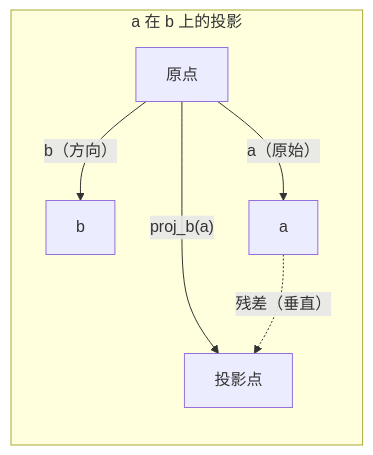
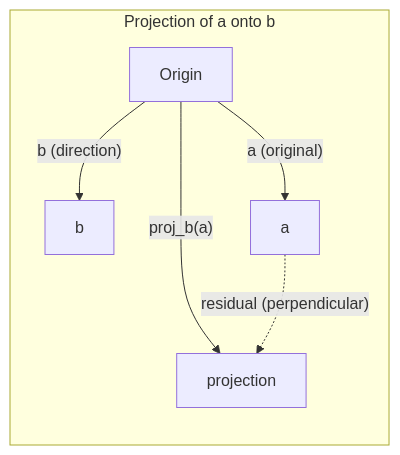
Before and after one commit to xiaojiaenen/ai-engineering-from-scratch-zh: the second of 2 diagrams in i18n/zh/phases/01-math-foundations/01-linear-algebra-intuition/docs/zh.md, drawn with Mermaid. The commit also changed other lines of this file and 22 other files, not shown here.

````diff
--- a/i18n/zh/phases/01-math-foundations/01-linear-algebra-intuition/docs/zh.md
+++ b/i18n/zh/phases/01-math-foundations/01-linear-algebra-intuition/docs/zh.md
@@ -135,10 +135,10 @@
 ```mermaid
 graph LR
-    subgraph Projection["a 在 b 上的投影"]
+    subgraph Projection["Projection of a onto b"]
         direction TB
-        O["原点"] --> |"b（方向）"| B["b"]
-        O --> |"a（原始）"| A["a"]
-        O --> |"proj_b(a)"| P["投影点"]
-        A -.-> |"残差（垂直）"| P
+        O["Origin"] --> |"b (direction)"| B["b"]
+        O --> |"a (original)"| A["a"]
+        O --> |"proj_b(a)"| P["projection"]
+        A -.-> |"residual (perpendicular)"| P
     end
 ```
````
